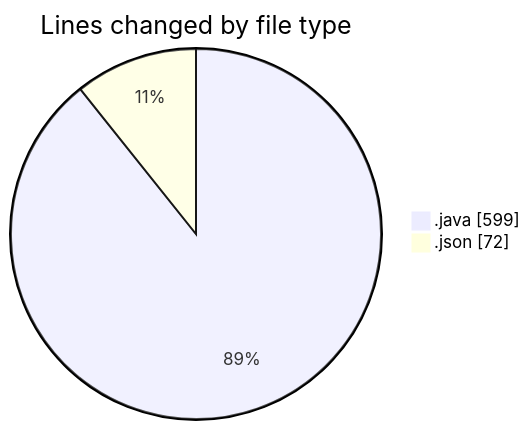
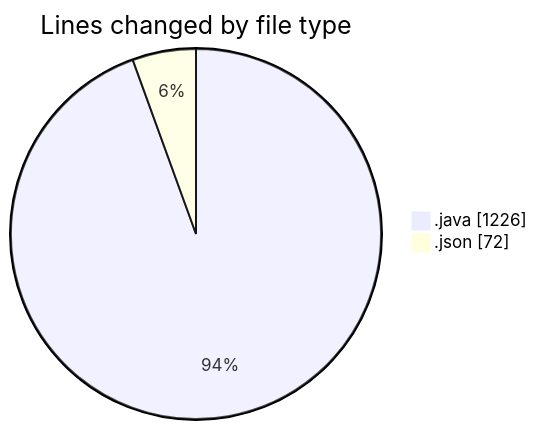
Before and after one commit to charlie-sans/code-tracking: the first of 2 diagrams in 2025-02-22/micros/README.md, drawn with Mermaid. The commit also changed other lines of this file and 1 other file, not shown here.

````diff
--- a/2025-02-22/micros/README.md
+++ b/2025-02-22/micros/README.md
@@ -23,6 +26,6 @@
 ```mermaid
 pie showData
 title Lines changed by file type
-".java" : 599
+".java" : 1226
 ".json" : 72
 ```
````
